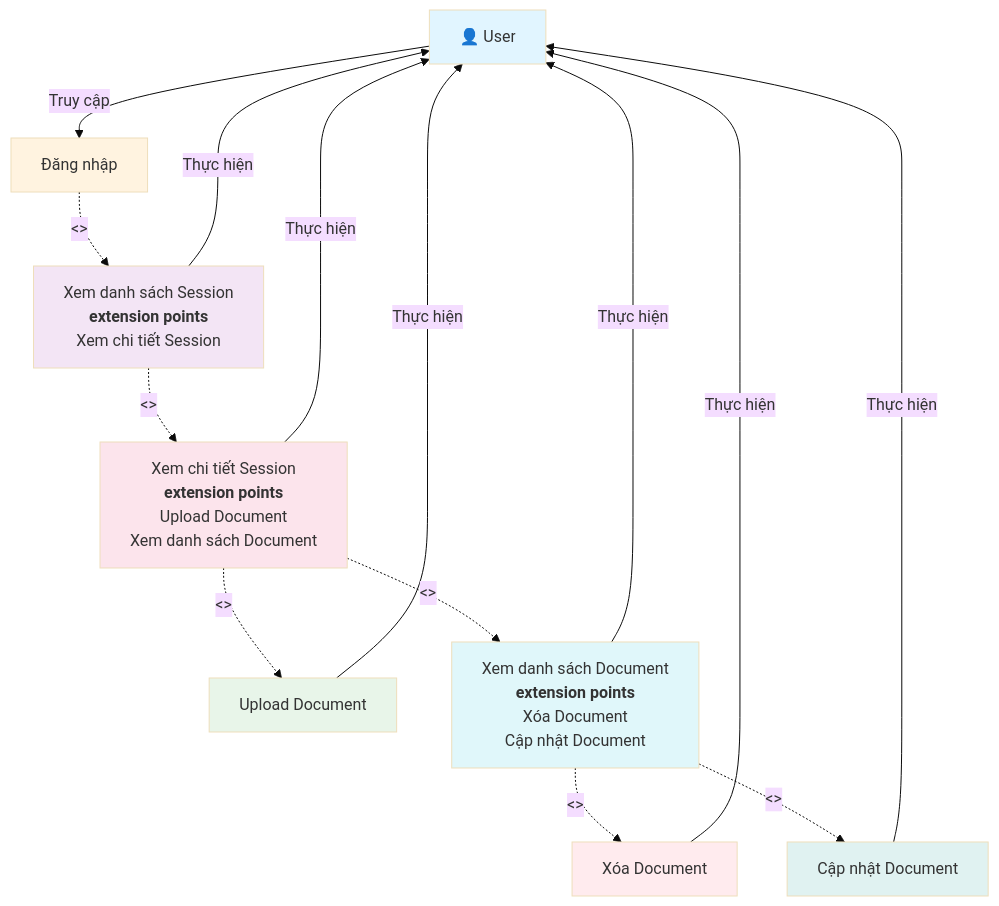
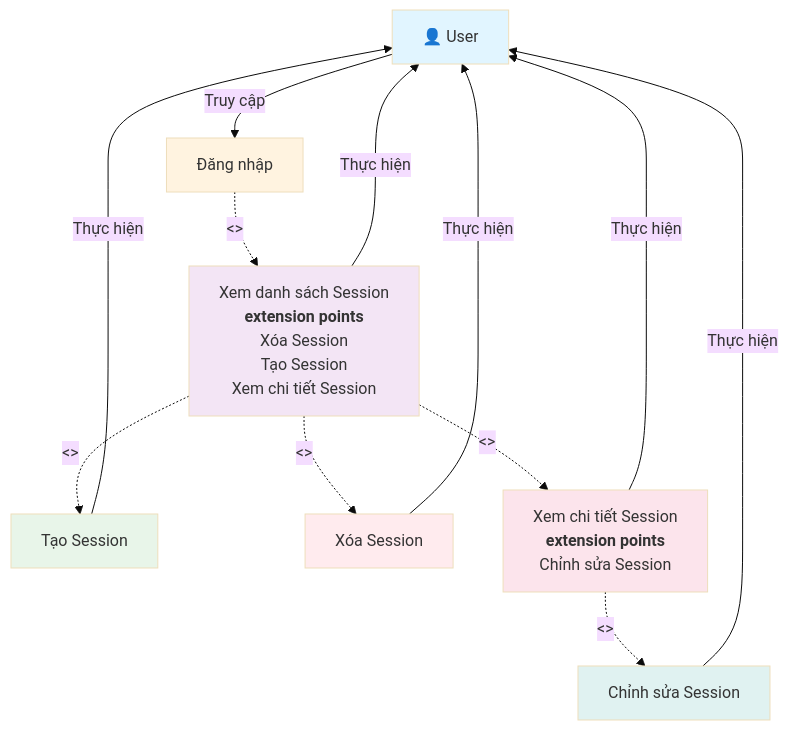
Before and after one commit to mduc-2610/gp_doc: the diagram in session/1_session_management_usecase.md, drawn with Mermaid (base theme). The commit also changed other lines of this file and 4 other files, not shown here.

````diff
--- a/session/1_session_management_usecase.md
+++ b/session/1_session_management_usecase.md
@@ -3,40 +3,35 @@
 ```mermaid
 graph TB
     Actor["👤 User"]
     
     Login["Đăng nhập"]
-    ListSessions["Xem danh sách Session<br/><b>extension points</b><br/>Xem chi tiết Session"]
-    ViewSessionDetail["Xem chi tiết Session<br/><b>extension points</b><br/>Upload Document<br/>Xem danh sách Document"]
-    UploadDocument["Upload Document"]
-    ListDocuments["Xem danh sách Document<br/><b>extension points</b><br/>Xóa Document<br/>Cập nhật Document"]
-    DeleteDocument["Xóa Document"]
-    UpdateDocument["Cập nhật Document"]
+    ListSessions["Xem danh sách Session<br/><b>extension points</b><br/>Xóa Session<br/>Tạo Session<br/>Xem chi tiết Session"]
+    CreateSession["Tạo Session"]
+    DeleteSession["Xóa Session"]
+    ViewSessionDetail["Xem chi tiết Session<br/><b>extension points</b><br/>Chỉnh sửa Session"]
+    UpdateSession["Chỉnh sửa Session"]
     
     Actor -->|Truy cập| Login
     Login -.->|<<Include>>| ListSessions
     ListSessions -->|Thực hiện| Actor
     
+    ListSessions -.->|<<Extend>>| CreateSession
+    CreateSession -->|Thực hiện| Actor
+    
+    ListSessions -.->|<<Extend>>| DeleteSession
+    DeleteSession -->|Thực hiện| Actor
+    
     ListSessions -.->|<<Extend>>| ViewSessionDetail
     ViewSessionDetail -->|Thực hiện| Actor
     
-    ViewSessionDetail -.->|<<Extend>>| UploadDocument
-    UploadDocument -->|Thực hiện| Actor
-    
-    ViewSessionDetail -.->|<<Extend>>| ListDocuments
-    ListDocuments -->|Thực hiện| Actor
-    
-    ListDocuments -.->|<<Extend>>| DeleteDocument
-    DeleteDocument -->|Thực hiện| Actor
-    
-    ListDocuments -.->|<<Extend>>| UpdateDocument
-    UpdateDocument -->|Thực hiện| Actor
+    ViewSessionDetail -.->|<<Extend>>| UpdateSession
+    UpdateSession -->|Thực hiện| Actor
     
     style Actor fill:#e1f5ff
     style Login fill:#fff3e0
     style ListSessions fill:#f3e5f5
+    style CreateSession fill:#e8f5e9
+    style DeleteSession fill:#ffebee
     style ViewSessionDetail fill:#fce4ec
-    style UploadDocument fill:#e8f5e9
-    style ListDocuments fill:#e0f7fa
-    style DeleteDocument fill:#ffebee
-    style UpdateDocument fill:#e0f2f1
+    style UpdateSession fill:#e0f2f1
 ```
````
